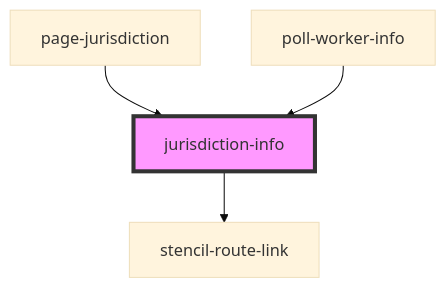
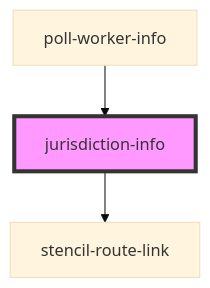
One commit to pizza-to-the-polls/power-the-polls changed the diagram in power-the-polls-form/src/components/jurisdiction-info/readme.md. Above: the diagram before and after it, drawn with Mermaid (base theme). The commit also changed other lines of this file and 40 other files, not shown here.

````diff
--- a/power-the-polls-form/src/components/jurisdiction-info/readme.md
+++ b/power-the-polls-form/src/components/jurisdiction-info/readme.md
@@ -27,7 +26,6 @@
 ```mermaid
 graph TD;
   jurisdiction-info --> stencil-route-link
-  page-jurisdiction --> jurisdiction-info
   poll-worker-info --> jurisdiction-info
   style jurisdiction-info fill:#f9f,stroke:#333,stroke-width:4px
 ```
````
